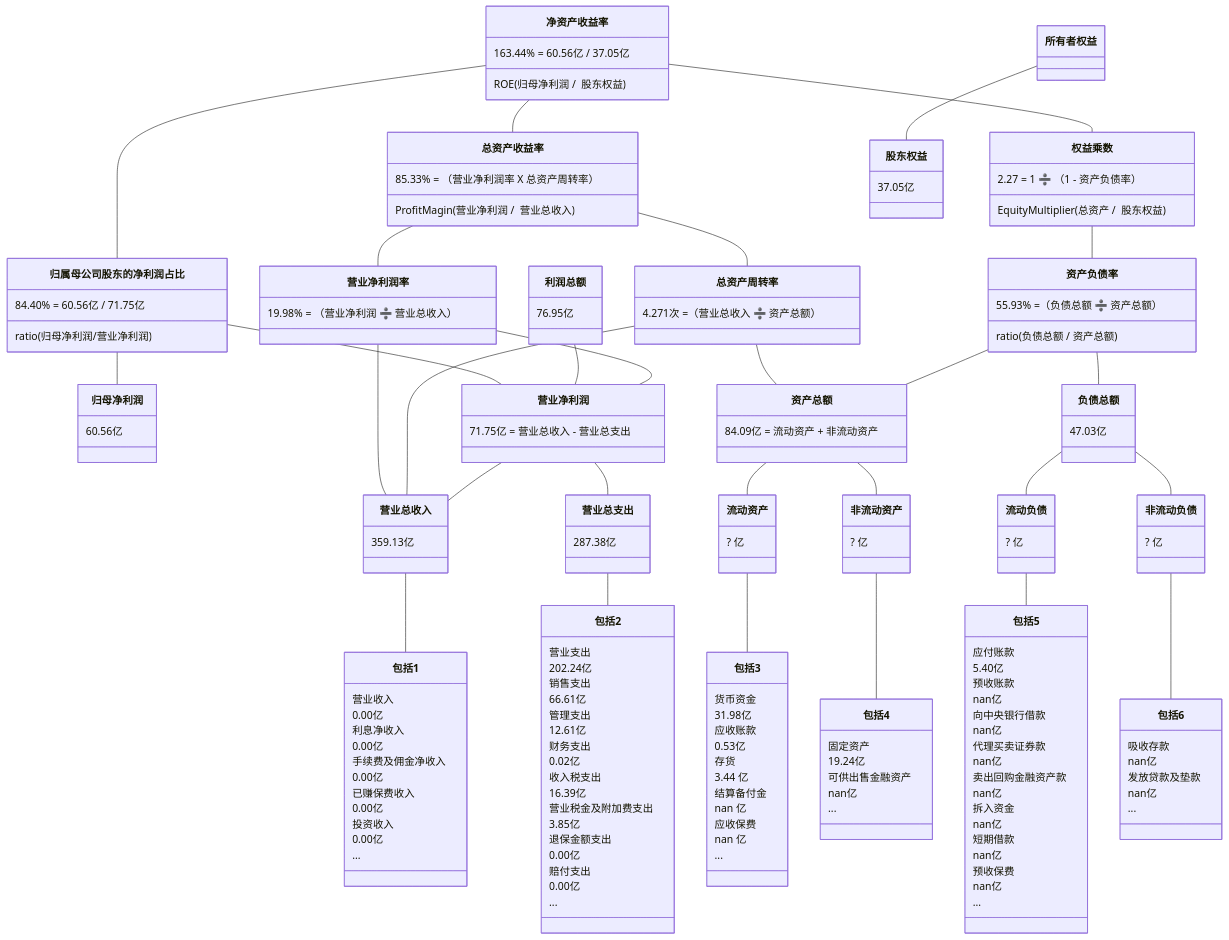
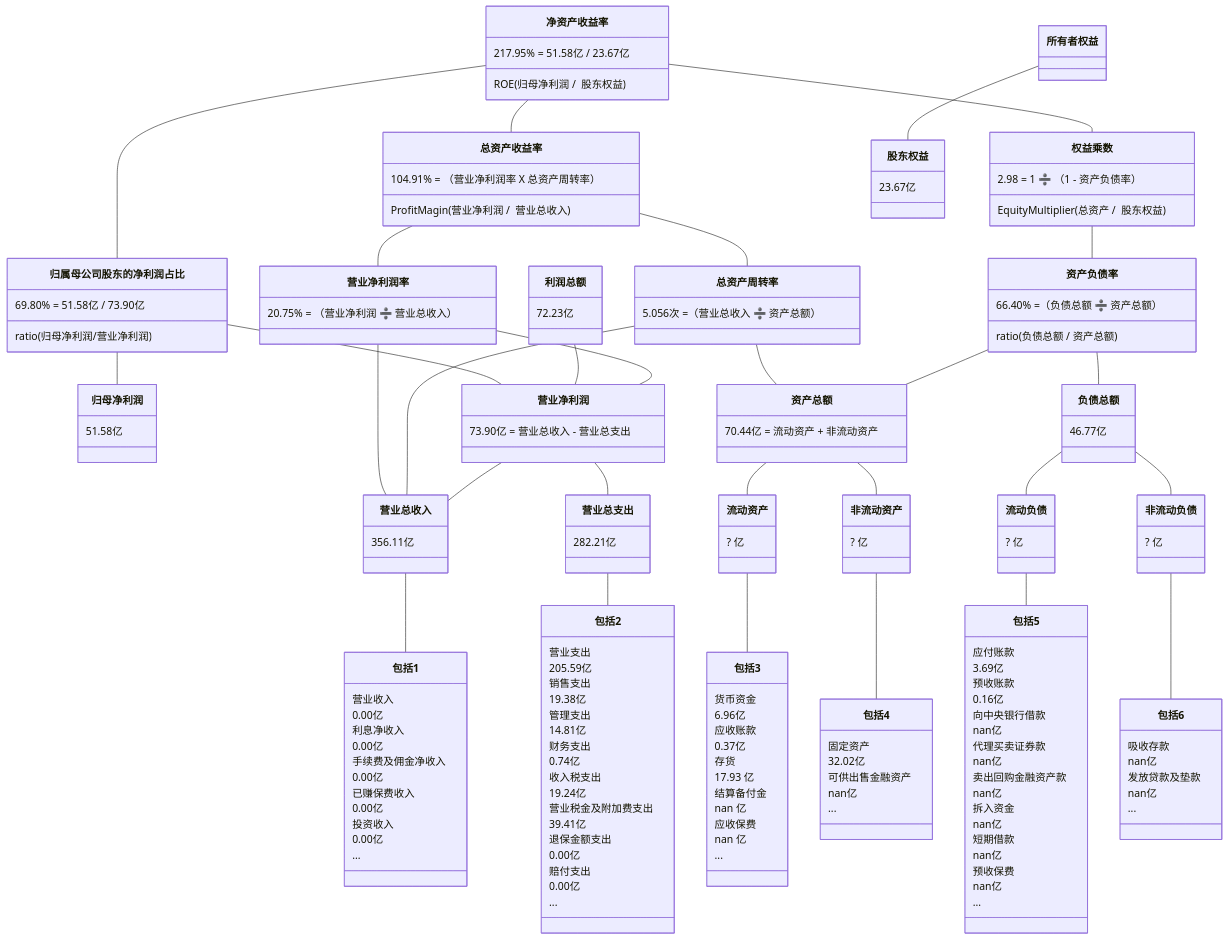
Before and after one commit to TheVeryDarkness/cs410: the sixth of 10 diagrams in 2/2.md, drawn with Mermaid. The commit also changed other lines of this file and 18 other files, not shown here.

````diff
--- a/2/2.md
+++ b/2/2.md
@@ -775,45 +799,45 @@
 ```mermaid
 classDiagram
 净资产收益率 -- 总资产收益率
-    净资产收益率 : 163.44% = 60.56亿 / 37.05亿
+    净资产收益率 : 217.95% = 51.58亿 / 23.67亿
     净资产收益率 : ROE(归母净利润 /  股东权益)
-    总资产收益率 : 85.33% = （营业净利润率 X 总资产周转率）
+    总资产收益率 : 104.91% = （营业净利润率 X 总资产周转率）
     总资产收益率 : ProfitMagin(营业净利润 /  营业总收入)
 净资产收益率 -- 归属母公司股东的净利润占比
-	  归属母公司股东的净利润占比 : 84.40% = 60.56亿 / 71.75亿
+	  归属母公司股东的净利润占比 : 69.80% = 51.58亿 / 73.90亿
 	  归属母公司股东的净利润占比 : ratio(归母净利润/营业净利润)
 归属母公司股东的净利润占比 -- 归母净利润
-    归母净利润 : 60.56亿
+    归母净利润 : 51.58亿
 归属母公司股东的净利润占比 -- 营业净利润
-利润总额 : 76.95亿
+利润总额 : 72.23亿
 利润总额 -- 营业净利润
 净资产收益率 -- 权益乘数
-    权益乘数 : 2.27 = 1 ➗ （1 - 资产负债率）
+    权益乘数 : 2.98 = 1 ➗ （1 - 资产负债率）
     权益乘数 : EquityMultiplier(总资产 /  股东权益)
 
 总资产收益率 -- 营业净利润率
-    营业净利润率 : 19.98% = （营业净利润 ➗ 营业总收入）
+    营业净利润率 : 20.75% = （营业净利润 ➗ 营业总收入）
 总资产收益率 -- 总资产周转率
-    总资产周转率 : 4.271次 =（营业总收入 ➗ 资产总额）
+    总资产周转率 : 5.056次 =（营业总收入 ➗ 资产总额）
 权益乘数 -- 资产负债率
-    资产负债率  : 55.93% =（负债总额 ➗ 资产总额）
+    资产负债率  : 66.40% =（负债总额 ➗ 资产总额）
     资产负债率  : ratio(负债总额 / 资产总额)
 
 营业净利润率 -- 营业净利润
-    营业净利润 : 71.75亿 = 营业总收入 - 营业总支出
+    营业净利润 : 73.90亿 = 营业总收入 - 营业总支出
 营业净利润率 -- 营业总收入
 总资产周转率 -- 营业总收入
 总资产周转率 -- 资产总额
-    资产总额 : 84.09亿 = 流动资产 + 非流动资产
+    资产总额 : 70.44亿 = 流动资产 + 非流动资产
 资产负债率 -- 负债总额
-    负债总额 : 47.03亿
+    负债总额 : 46.77亿
 资产负债率 -- 资产总额
 
 
 营业净利润 -- 营业总收入
-    营业总收入 : 359.13亿
+    营业总收入 : 356.11亿
 营业净利润 -- 营业总支出
-    营业总支出 : 287.38亿
+    营业总支出 : 282.21亿
 资产总额 -- 流动资产
 	  流动资产 : ? 亿
 资产总额 -- 非流动资产
@@ -837,17 +861,17 @@
     包括1 : ...
 营业总支出 -- 包括2
     包括2 : 营业支出
-    包括2 : 202.24亿
+    包括2 : 205.59亿
     包括2 : 销售支出
-    包括2 : 66.61亿
+    包括2 : 19.38亿
     包括2 : 管理支出
-    包括2 : 12.61亿
+    包括2 : 14.81亿
     包括2 : 财务支出
-    包括2 : 0.02亿
+    包括2 : 0.74亿
     包括2 : 收入税支出
-    包括2 : 16.39亿
+    包括2 : 19.24亿
     包括2 : 营业税金及附加费支出
-    包括2 : 3.85亿
+    包括2 : 39.41亿
     包括2 : 退保金额支出
     包括2 : 0.00亿
     包括2 : 赔付支出
@@ -855,11 +879,11 @@
     包括2 : ...
 流动资产 -- 包括3
     包括3 : 货币资金
-    包括3 : 31.98亿
+    包括3 : 6.96亿
     包括3 : 应收账款
-    包括3 : 0.53亿
+    包括3 : 0.37亿
     包括3 : 存货
-    包括3 : 3.44 亿
+    包括3 : 17.93 亿
     包括3 : 结算备付金
     包括3 : nan 亿
     包括3 : 应收保费
@@ -867,15 +891,15 @@
     包括3 : ...
 非流动资产 -- 包括4
     包括4 : 固定资产
-    包括4 : 19.24亿
+    包括4 : 32.02亿
     包括4 : 可供出售金融资产
     包括4 : nan亿
     包括4 : ...
 流动负债 -- 包括5
     包括5 : 应付账款
-    包括5 : 5.40亿
+    包括5 : 3.69亿
     包括5 : 预收账款
-    包括5 : nan亿
+    包括5 : 0.16亿
     包括5 : 向中央银行借款
     包括5 : nan亿
     包括5 : 代理买卖证券款
@@ -896,5 +920,5 @@
     包括6 : nan亿
     包括6 : ...
 所有者权益 -- 股东权益
-    股东权益 : 37.05亿
+    股东权益 : 23.67亿
 ```
````
